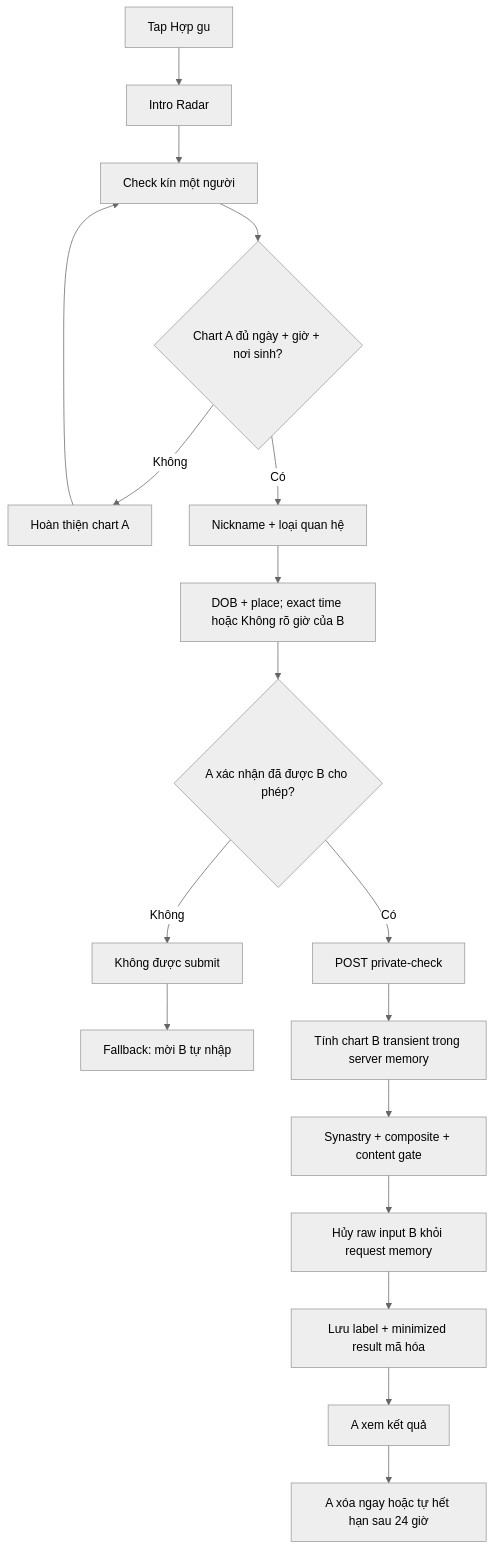
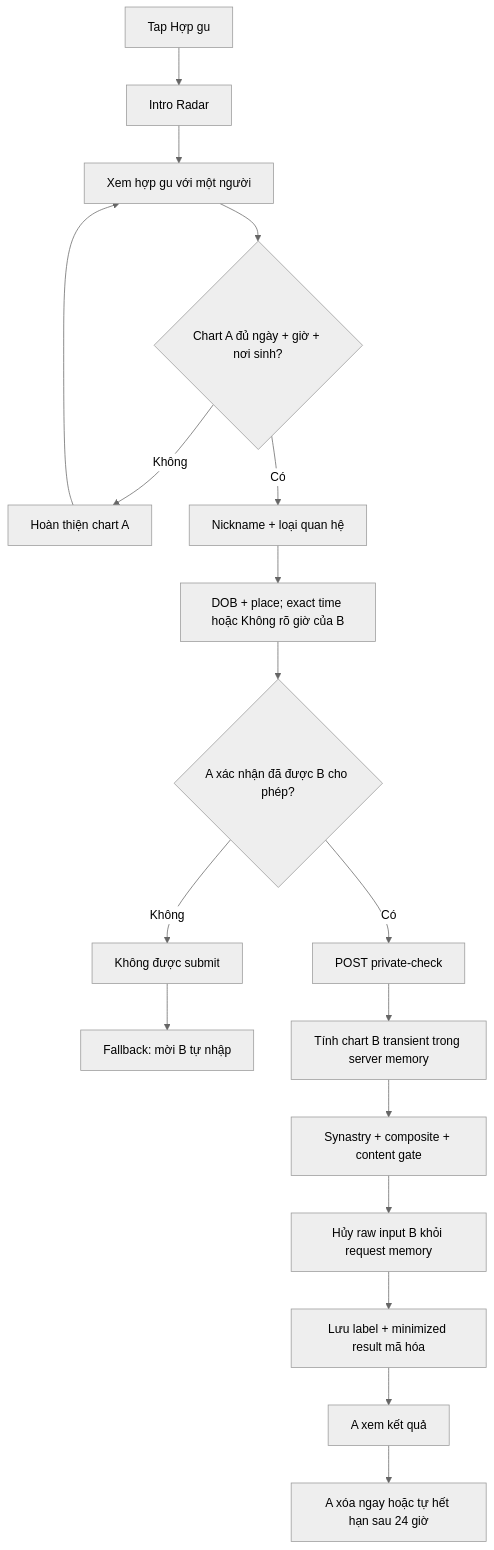
The diagram in docs/foundation/la-lanh-radar-hop-gu-spec.md (honghanh153-creator/la-lanh), drawn with Mermaid (neutral theme) before and after one commit. The commit also changed other lines of this file and 10 other files, not shown here.

````diff
--- a/docs/foundation/la-lanh-radar-hop-gu-spec.md
+++ b/docs/foundation/la-lanh-radar-hop-gu-spec.md
@@ -38,19 +38,19 @@
 ```mermaid
 flowchart TD
   A["Tap Hợp gu"] --> B["Intro Radar"]
-  B --> C["Check kín một người"]
+  B --> C["Xem hợp gu với một người"]
   C --> D{"Chart A đủ ngày + giờ + nơi sinh?"}
   D -->|Không| E["Hoàn thiện chart A"] --> C
   D -->|Có| F["Nickname + loại quan hệ"]
   F --> G["DOB + place; exact time hoặc Không rõ giờ của B"]
   G --> H{"A xác nhận đã được B cho phép?"}
   H -->|Không| I["Không được submit"]
   I --> J["Fallback: mời B tự nhập"]
   H -->|Có| K["POST private-check"]
   K --> L["Tính chart B transient trong server memory"]
   L --> M["Synastry + composite + content gate"]
   M --> N["Hủy raw input B khỏi request memory"]
   N --> O["Lưu label + minimized result mã hóa"]
   O --> P["A xem kết quả"]
   P --> Q["A xóa ngay hoặc tự hết hạn sau 24 giờ"]
 ```
````
